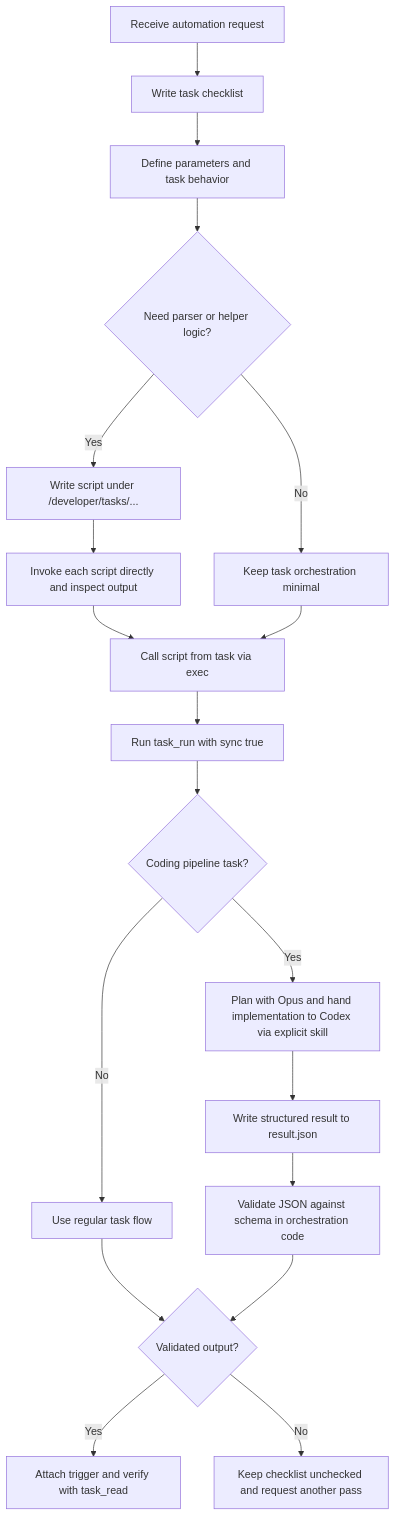
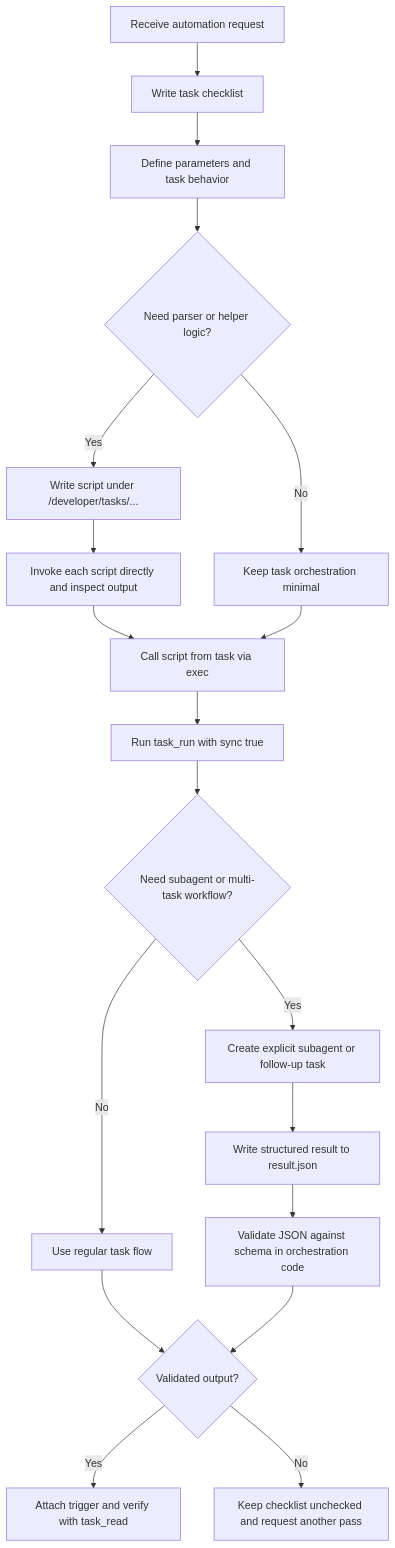
One commit to ex3ndr/daycare changed the diagram in doc/task-creation-skill.md. Above: the diagram before and after it, drawn with Mermaid. The commit also changed other lines of this file and 1 other file, not shown here.

Commit message:
docs: generalize subagent workflows

````diff
--- a/doc/task-creation-skill.md
+++ b/doc/task-creation-skill.md
@@ -21,21 +22,21 @@
 ```mermaid
 flowchart TD
     A[Receive automation request] --> B[Write task checklist]
     B --> C[Define parameters and task behavior]
     C --> D{Need parser or helper logic?}
     D -- Yes --> E[Write script under /developer/tasks/...]
     D -- No --> F[Keep task orchestration minimal]
     E --> G[Invoke each script directly and inspect output]
     G --> H[Call script from task via exec]
     F --> H
     H --> I[Run task_run with sync true]
-    I --> J{Coding pipeline task?}
-    J -- Yes --> K[Plan with Opus and hand implementation to Codex via explicit skill]
+    I --> J{Need subagent or multi-task workflow?}
+    J -- Yes --> K[Create explicit subagent or follow-up task]
     J -- No --> L[Use regular task flow]
     K --> M[Write structured result to result.json]
     M --> N[Validate JSON against schema in orchestration code]
     L --> O{Validated output?}
     N --> O
     O -- Yes --> P[Attach trigger and verify with task_read]
     O -- No --> Q[Keep checklist unchecked and request another pass]
 ```
````
